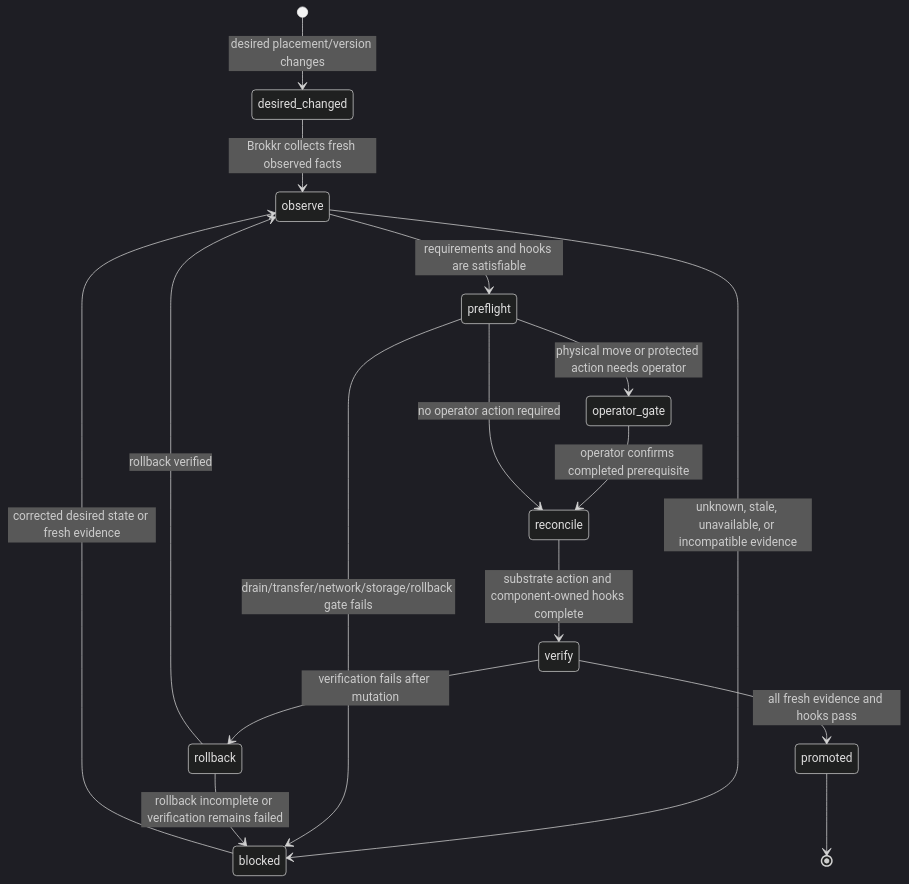
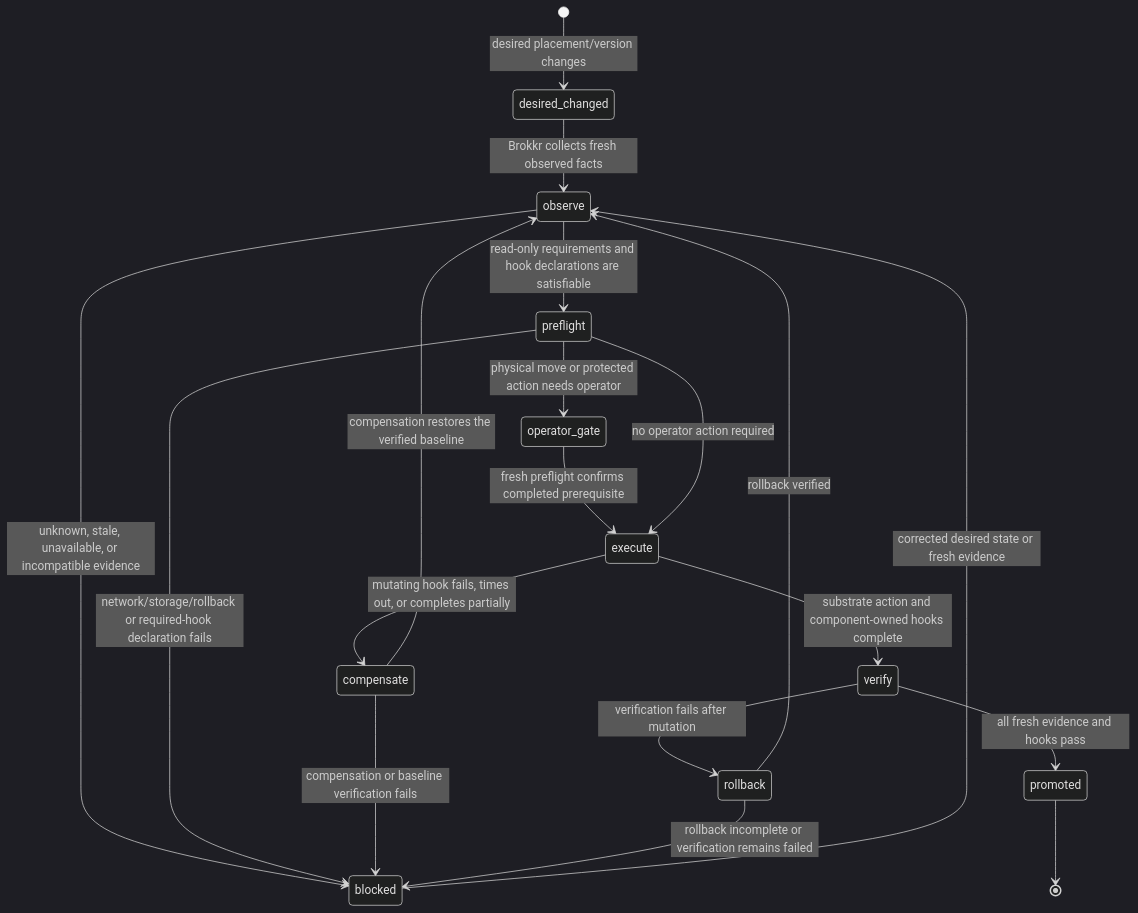
Before and after one commit to Magnus-Gille/grimnir: the diagram in docs/adr-007-node-substrate-contract.md, drawn with Mermaid (dark theme). The commit also changed other lines of this file and 3 other files, not shown here.

Commit message:
docs: bind and compensate lifecycle hooks

````diff
--- a/docs/adr-007-node-substrate-contract.md
+++ b/docs/adr-007-node-substrate-contract.md
@@ -40,18 +40,21 @@
 ```mermaid
 stateDiagram-v2
     [*] --> desired_changed: desired placement/version changes
     desired_changed --> observe: Brokkr collects fresh observed facts
     observe --> blocked: unknown, stale, unavailable, or incompatible evidence
-    observe --> preflight: requirements and hooks are satisfiable
-    preflight --> blocked: drain/transfer/network/storage/rollback gate fails
+    observe --> preflight: read-only requirements and hook declarations are satisfiable
+    preflight --> blocked: network/storage/rollback or required-hook declaration fails
     preflight --> operator_gate: physical move or protected action needs operator
-    operator_gate --> reconcile: operator confirms completed prerequisite
-    preflight --> reconcile: no operator action required
-    reconcile --> verify: substrate action and component-owned hooks complete
+    operator_gate --> execute: fresh preflight confirms completed prerequisite
+    preflight --> execute: no operator action required
+    execute --> compensate: mutating hook fails, times out, or completes partially
+    execute --> verify: substrate action and component-owned hooks complete
+    compensate --> blocked: compensation or baseline verification fails
+    compensate --> observe: compensation restores the verified baseline
     verify --> promoted: all fresh evidence and hooks pass
     verify --> rollback: verification fails after mutation
     rollback --> blocked: rollback incomplete or verification remains failed
     rollback --> observe: rollback verified
     blocked --> observe: corrected desired state or fresh evidence
     promoted --> [*]
 ```
````
